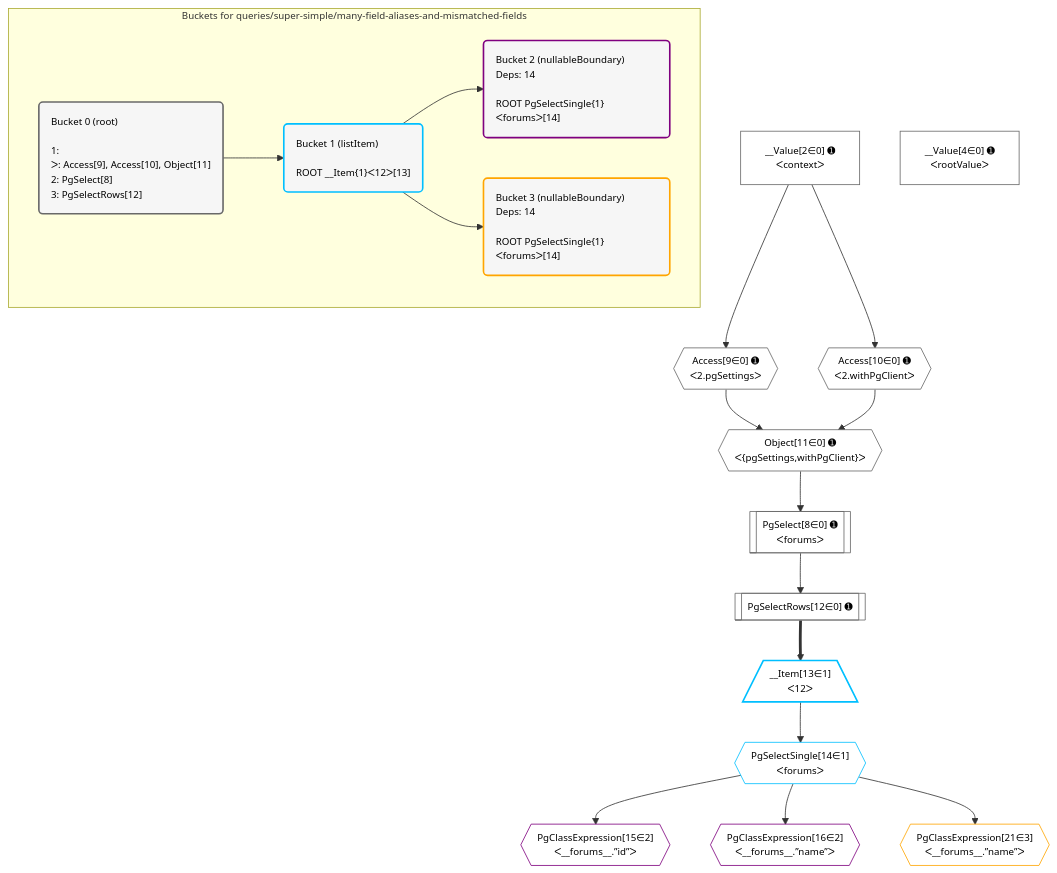
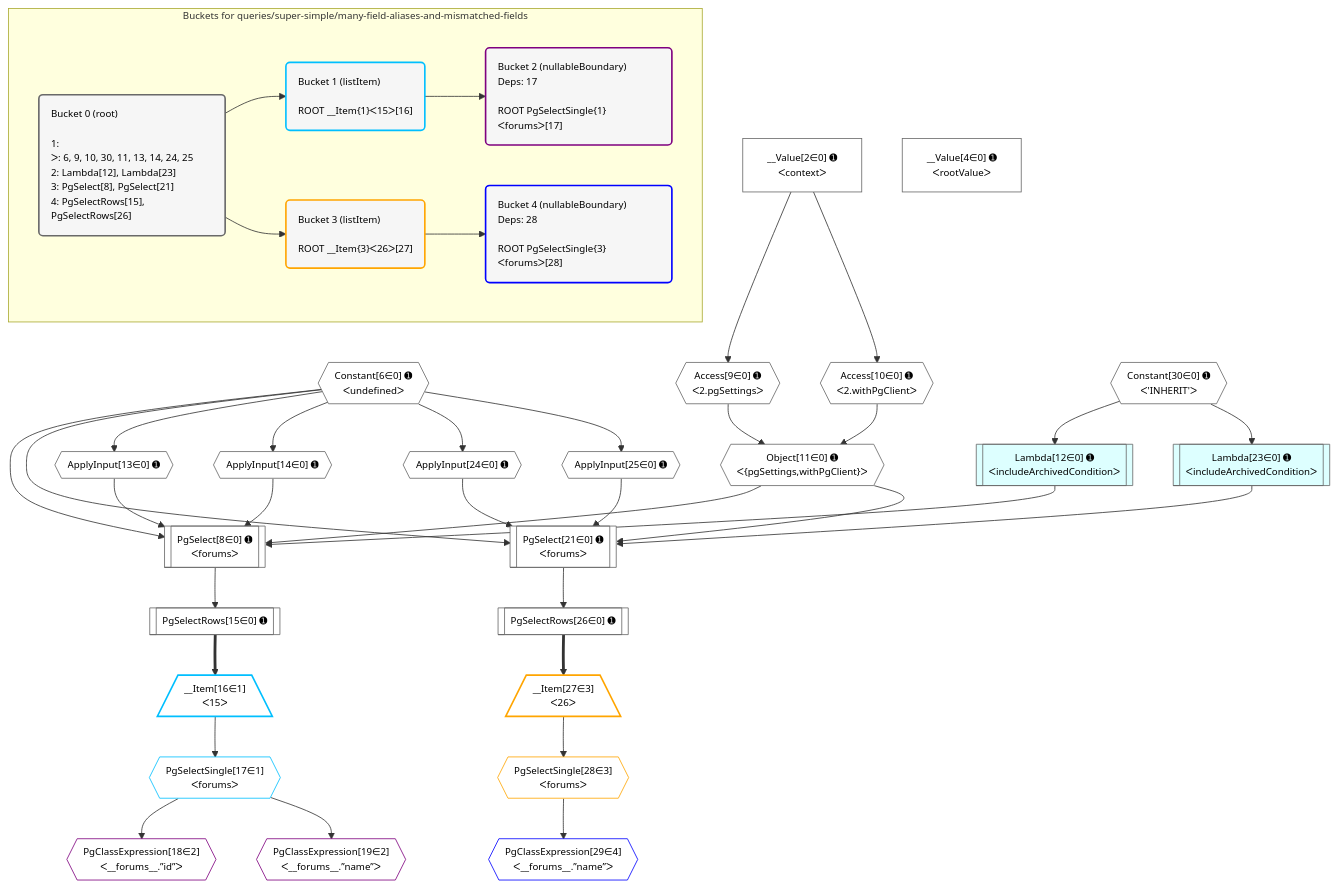
One commit to graphile/crystal changed the diagram in grafast/dataplan-pg/__tests__/queries/super-simple/many-field-aliases-and-mismatched-fields.mermaid. Above: the diagram before and after it, drawn with Mermaid. The commit also changed 191 other files, not shown here.

```diff
--- a/grafast/dataplan-pg/__tests__/queries/super-simple/many-field-aliases-and-mismatched-fields.mermaid
+++ b/grafast/dataplan-pg/__tests__/queries/super-simple/many-field-aliases-and-mismatched-fields.mermaid
@@ -1,52 +1,78 @@
 %%{init: {'themeVariables': { 'fontSize': '12px'}}}%%
 graph TD
     classDef path fill:#eee,stroke:#000,color:#000
     classDef plan fill:#fff,stroke-width:1px,color:#000
     classDef itemplan fill:#fff,stroke-width:2px,color:#000
     classDef unbatchedplan fill:#dff,stroke-width:1px,color:#000
     classDef sideeffectplan fill:#fcc,stroke-width:2px,color:#000
     classDef bucket fill:#f6f6f6,color:#000,stroke-width:2px,text-align:left
 
 
     %% plan dependencies
+    PgSelect8[["PgSelect[8∈0] ➊<br />ᐸforumsᐳ"]]:::plan
     Object11{{"Object[11∈0] ➊<br />ᐸ{pgSettings,withPgClient}ᐳ"}}:::plan
+    Constant6{{"Constant[6∈0] ➊<br />ᐸundefinedᐳ"}}:::plan
+    Lambda12[["Lambda[12∈0] ➊<br />ᐸincludeArchivedConditionᐳ"]]:::unbatchedplan
+    ApplyInput13{{"ApplyInput[13∈0] ➊"}}:::plan
+    ApplyInput14{{"ApplyInput[14∈0] ➊"}}:::plan
+    Object11 & Constant6 & Lambda12 & ApplyInput13 & ApplyInput14 --> PgSelect8
+    PgSelect21[["PgSelect[21∈0] ➊<br />ᐸforumsᐳ"]]:::plan
+    Lambda23[["Lambda[23∈0] ➊<br />ᐸincludeArchivedConditionᐳ"]]:::unbatchedplan
+    ApplyInput24{{"ApplyInput[24∈0] ➊"}}:::plan
+    ApplyInput25{{"ApplyInput[25∈0] ➊"}}:::plan
+    Object11 & Constant6 & Lambda23 & ApplyInput24 & ApplyInput25 --> PgSelect21
     Access9{{"Access[9∈0] ➊<br />ᐸ2.pgSettingsᐳ"}}:::plan
     Access10{{"Access[10∈0] ➊<br />ᐸ2.withPgClientᐳ"}}:::plan
     Access9 & Access10 --> Object11
-    PgSelect8[["PgSelect[8∈0] ➊<br />ᐸforumsᐳ"]]:::plan
-    Object11 --> PgSelect8
     __Value2["__Value[2∈0] ➊<br />ᐸcontextᐳ"]:::plan
     __Value2 --> Access9
     __Value2 --> Access10
-    PgSelectRows12[["PgSelectRows[12∈0] ➊"]]:::plan
-    PgSelect8 --> PgSelectRows12
+    Constant30{{"Constant[30∈0] ➊<br />ᐸ'INHERIT'ᐳ"}}:::plan
+    Constant30 --> Lambda12
+    Constant6 --> ApplyInput13
+    Constant6 --> ApplyInput14
+    PgSelectRows15[["PgSelectRows[15∈0] ➊"]]:::plan
+    PgSelect8 --> PgSelectRows15
+    Constant30 --> Lambda23
+    Constant6 --> ApplyInput24
+    Constant6 --> ApplyInput25
+    PgSelectRows26[["PgSelectRows[26∈0] ➊"]]:::plan
+    PgSelect21 --> PgSelectRows26
     __Value4["__Value[4∈0] ➊<br />ᐸrootValueᐳ"]:::plan
-    __Item13[/"__Item[13∈1]<br />ᐸ12ᐳ"\]:::itemplan
-    PgSelectRows12 ==> __Item13
-    PgSelectSingle14{{"PgSelectSingle[14∈1]<br />ᐸforumsᐳ"}}:::plan
-    __Item13 --> PgSelectSingle14
-    PgClassExpression15{{"PgClassExpression[15∈2]<br />ᐸ__forums__.”id”ᐳ"}}:::plan
-    PgSelectSingle14 --> PgClassExpression15
-    PgClassExpression16{{"PgClassExpression[16∈2]<br />ᐸ__forums__.”name”ᐳ"}}:::plan
-    PgSelectSingle14 --> PgClassExpression16
-    PgClassExpression21{{"PgClassExpression[21∈3]<br />ᐸ__forums__.”name”ᐳ"}}:::plan
-    PgSelectSingle14 --> PgClassExpression21
+    __Item16[/"__Item[16∈1]<br />ᐸ15ᐳ"\]:::itemplan
+    PgSelectRows15 ==> __Item16
+    PgSelectSingle17{{"PgSelectSingle[17∈1]<br />ᐸforumsᐳ"}}:::plan
+    __Item16 --> PgSelectSingle17
+    PgClassExpression18{{"PgClassExpression[18∈2]<br />ᐸ__forums__.”id”ᐳ"}}:::plan
+    PgSelectSingle17 --> PgClassExpression18
+    PgClassExpression19{{"PgClassExpression[19∈2]<br />ᐸ__forums__.”name”ᐳ"}}:::plan
+    PgSelectSingle17 --> PgClassExpression19
+    __Item27[/"__Item[27∈3]<br />ᐸ26ᐳ"\]:::itemplan
+    PgSelectRows26 ==> __Item27
+    PgSelectSingle28{{"PgSelectSingle[28∈3]<br />ᐸforumsᐳ"}}:::plan
+    __Item27 --> PgSelectSingle28
+    PgClassExpression29{{"PgClassExpression[29∈4]<br />ᐸ__forums__.”name”ᐳ"}}:::plan
+    PgSelectSingle28 --> PgClassExpression29
 
     %% define steps
 
     subgraph "Buckets for queries/super-simple/many-field-aliases-and-mismatched-fields"
-    Bucket0("Bucket 0 (root)<br /><br />1: <br />ᐳ: Access[9], Access[10], Object[11]<br />2: PgSelect[8]<br />3: PgSelectRows[12]"):::bucket
+    Bucket0("Bucket 0 (root)<br /><br />1: <br />ᐳ: 6, 9, 10, 30, 11, 13, 14, 24, 25<br />2: Lambda[12], Lambda[23]<br />3: PgSelect[8], PgSelect[21]<br />4: PgSelectRows[15], PgSelectRows[26]"):::bucket
     classDef bucket0 stroke:#696969
-    class Bucket0,__Value2,__Value4,PgSelect8,Access9,Access10,Object11,PgSelectRows12 bucket0
-    Bucket1("Bucket 1 (listItem)<br /><br />ROOT __Item{1}ᐸ12ᐳ[13]"):::bucket
+    class Bucket0,__Value2,__Value4,Constant6,PgSelect8,Access9,Access10,Object11,Lambda12,ApplyInput13,ApplyInput14,PgSelectRows15,PgSelect21,Lambda23,ApplyInput24,ApplyInput25,PgSelectRows26,Constant30 bucket0
+    Bucket1("Bucket 1 (listItem)<br /><br />ROOT __Item{1}ᐸ15ᐳ[16]"):::bucket
     classDef bucket1 stroke:#00bfff
-    class Bucket1,__Item13,PgSelectSingle14 bucket1
-    Bucket2("Bucket 2 (nullableBoundary)<br />Deps: 14<br /><br />ROOT PgSelectSingle{1}ᐸforumsᐳ[14]"):::bucket
+    class Bucket1,__Item16,PgSelectSingle17 bucket1
+    Bucket2("Bucket 2 (nullableBoundary)<br />Deps: 17<br /><br />ROOT PgSelectSingle{1}ᐸforumsᐳ[17]"):::bucket
     classDef bucket2 stroke:#7f007f
-    class Bucket2,PgClassExpression15,PgClassExpression16 bucket2
-    Bucket3("Bucket 3 (nullableBoundary)<br />Deps: 14<br /><br />ROOT PgSelectSingle{1}ᐸforumsᐳ[14]"):::bucket
+    class Bucket2,PgClassExpression18,PgClassExpression19 bucket2
+    Bucket3("Bucket 3 (listItem)<br /><br />ROOT __Item{3}ᐸ26ᐳ[27]"):::bucket
     classDef bucket3 stroke:#ffa500
-    class Bucket3,PgClassExpression21 bucket3
-    Bucket0 --> Bucket1
-    Bucket1 --> Bucket2 & Bucket3
+    class Bucket3,__Item27,PgSelectSingle28 bucket3
+    Bucket4("Bucket 4 (nullableBoundary)<br />Deps: 28<br /><br />ROOT PgSelectSingle{3}ᐸforumsᐳ[28]"):::bucket
+    classDef bucket4 stroke:#0000ff
+    class Bucket4,PgClassExpression29 bucket4
+    Bucket0 --> Bucket1 & Bucket3
+    Bucket1 --> Bucket2
+    Bucket3 --> Bucket4
     end
```
